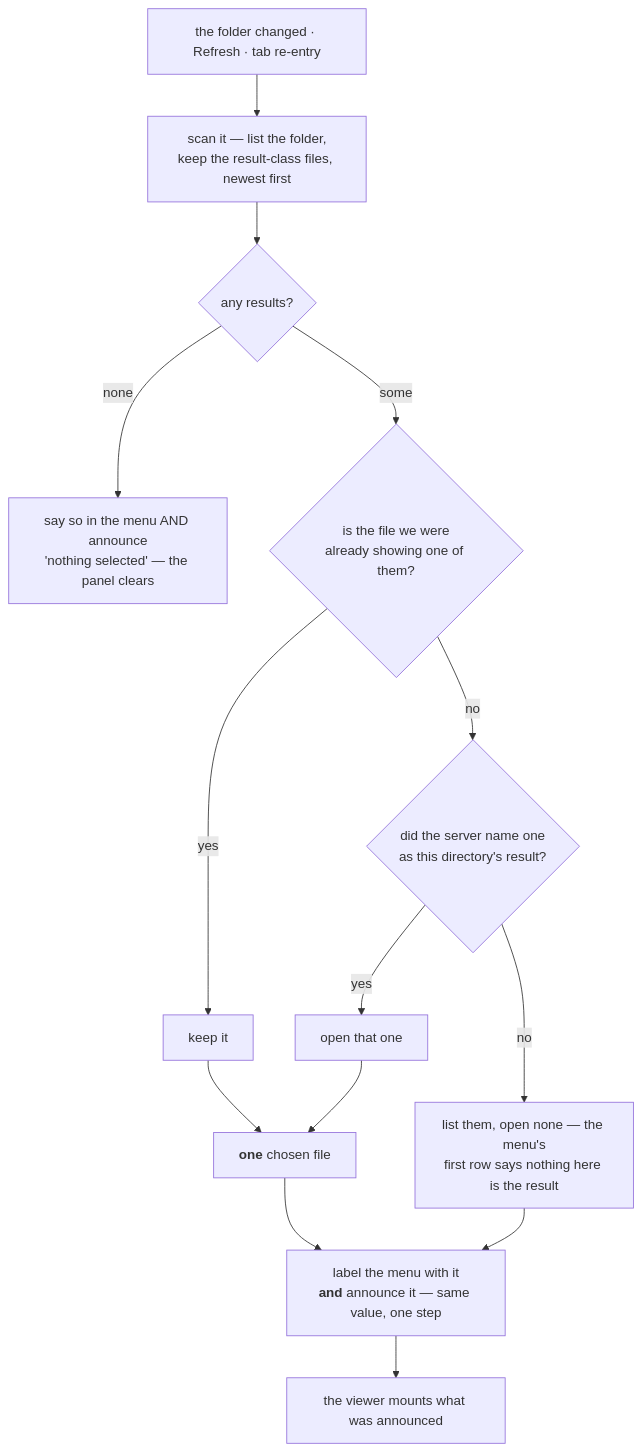
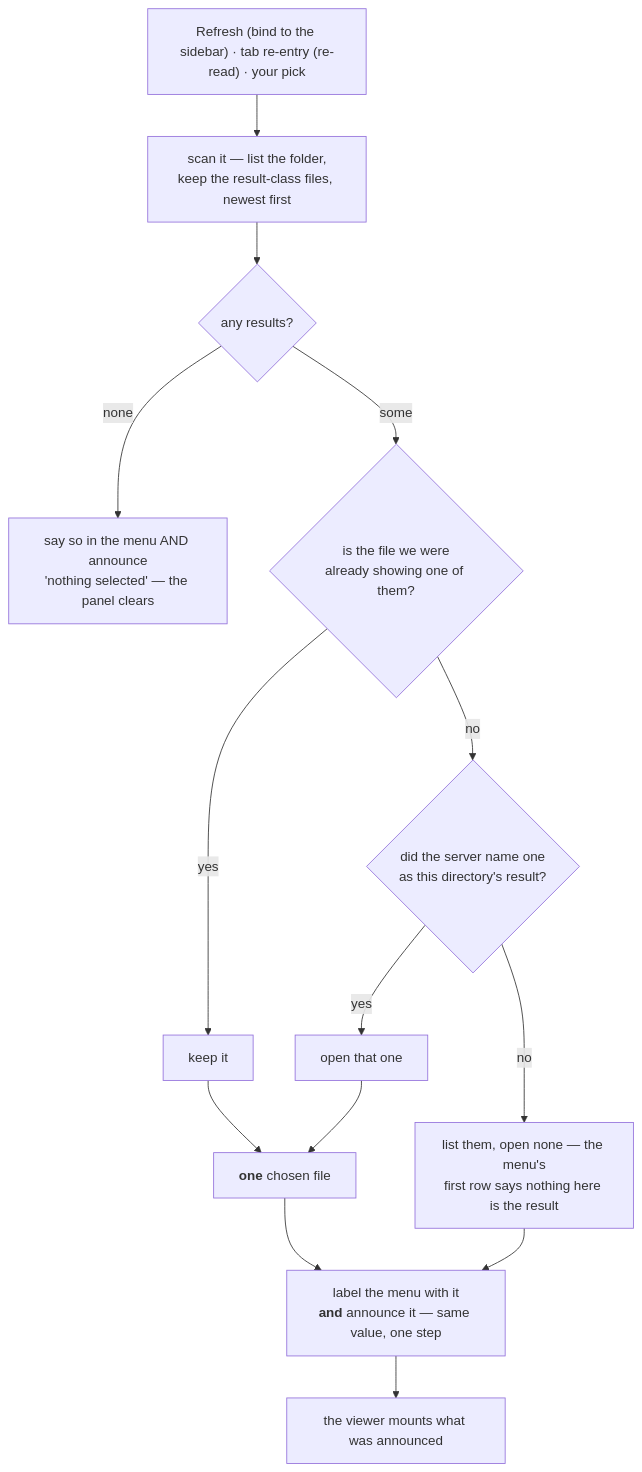
The second of 3 diagrams in docs/web/results.md (Qing-LAB/molbuilder), drawn with Mermaid before and after one commit. The commit also changed other lines of this file and 6 other files, not shown here.

````diff
--- a/docs/web/results.md
+++ b/docs/web/results.md
@@ -104,16 +115,16 @@
 ```mermaid
 flowchart TD
-  T["the folder changed · Refresh · tab re-entry"] --> S["scan it — list the folder,<br/>keep the result-class files, newest first"]
+  T["Refresh (bind to the sidebar) · tab re-entry (re-read) · your pick"] --> S["scan it — list the folder,<br/>keep the result-class files, newest first"]
   S --> E{"any results?"}
   E -->|"none"| N["say so in the menu AND announce<br/>'nothing selected' — the panel clears"]
   E -->|"some"| K{"is the file we were<br/>already showing one of them?"}
   K -->|"yes"| KEEP["keep it"]
   K -->|"no"| D{"did the server name one<br/>as this directory's result?"}
   D -->|"yes"| NEW["open that one"]
   D -->|"no"| NONE["list them, open none — the menu's<br/>first row says nothing here is the result"]
   NONE --> A
   KEEP --> ONE["<b>one</b> chosen file"]
   NEW --> ONE
   ONE --> A["label the menu with it<br/><b>and</b> announce it — same value, one step"]
   A --> M["the viewer mounts what was announced"]
 ```
````
